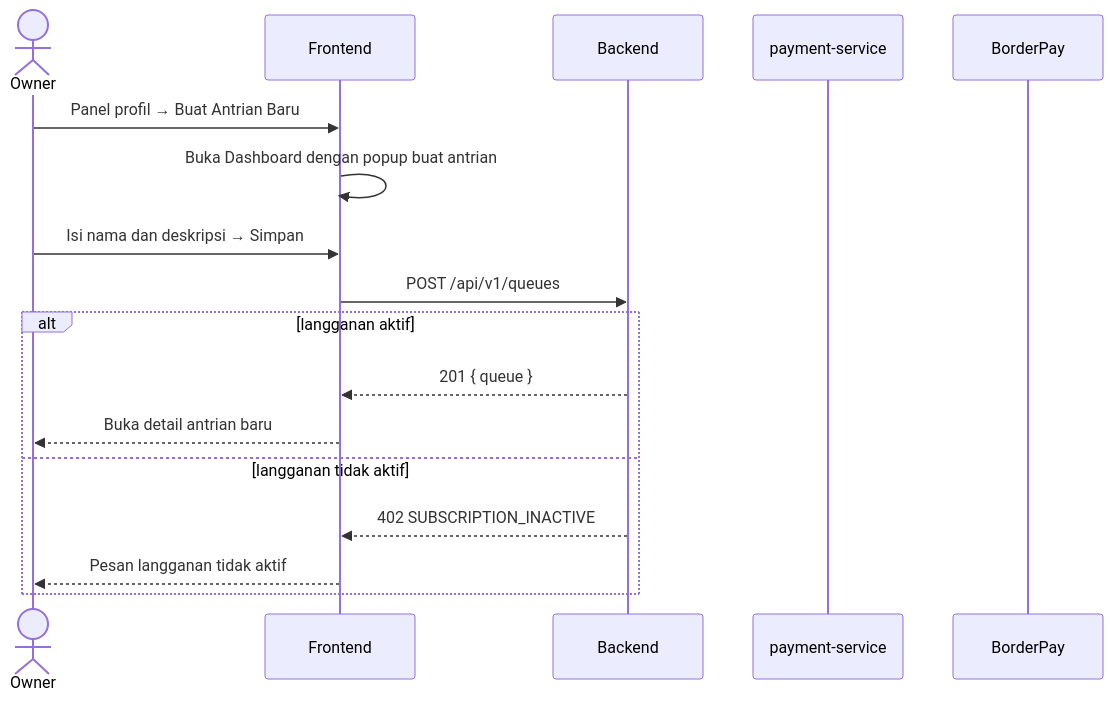
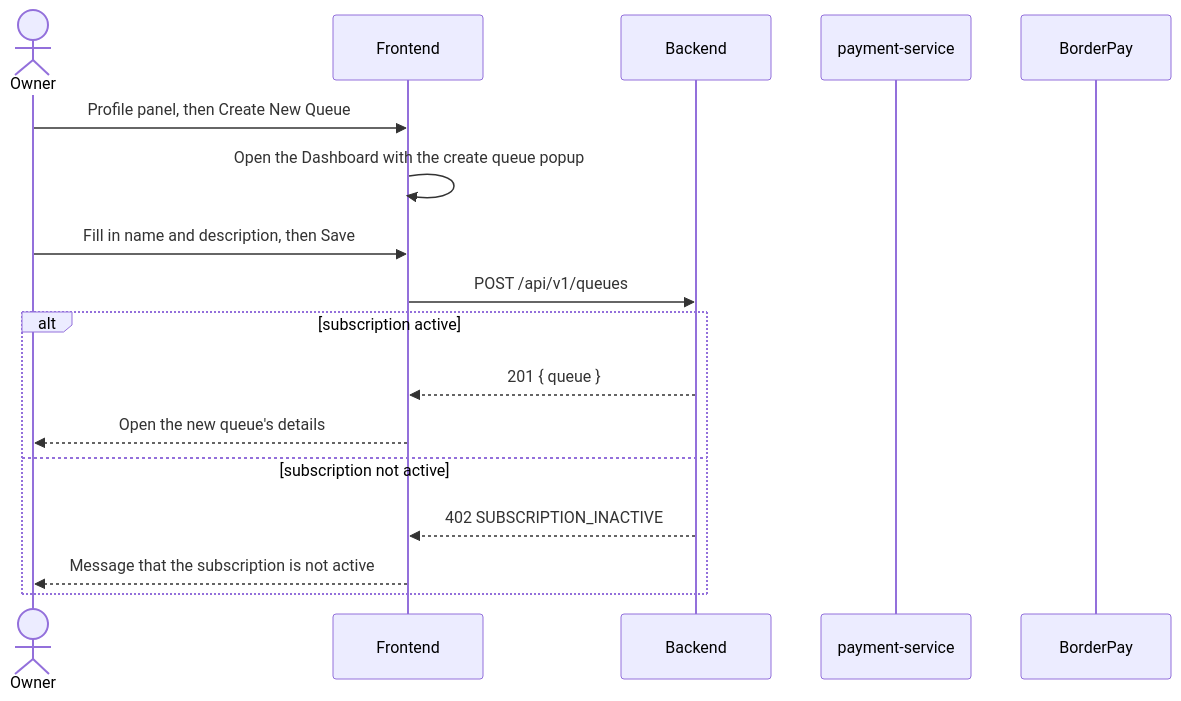
One commit to monte-christo-gilberd/Queue-Management-System changed the second of 5 diagrams in docs/FLOW.md. Above: the diagram before and after it, drawn with Mermaid. The commit also changed other lines of this file and 4 other files, not shown here.

````diff
--- a/docs/FLOW.md
+++ b/docs/FLOW.md
@@ -34,19 +34,19 @@
 ```mermaid
 sequenceDiagram
     actor O as Owner
     participant FE as Frontend
     participant BE as Backend
     participant PS as payment-service
     participant BB as BorderPay
-    O->>FE: Panel profil → Buat Antrian Baru
-    FE->>FE: Buka Dashboard dengan popup buat antrian
-    O->>FE: Isi nama dan deskripsi → Simpan
+    O->>FE: Profile panel, then Create New Queue
+    FE->>FE: Open the Dashboard with the create queue popup
+    O->>FE: Fill in name and description, then Save
     FE->>BE: POST /api/v1/queues
-    alt langganan aktif
+    alt subscription active
         BE-->>FE: 201 { queue }
-        FE-->>O: Buka detail antrian baru
-    else langganan tidak aktif
+        FE-->>O: Open the new queue's details
+    else subscription not active
         BE-->>FE: 402 SUBSCRIPTION_INACTIVE
-        FE-->>O: Pesan langganan tidak aktif
+        FE-->>O: Message that the subscription is not active
     end
 ```
````
